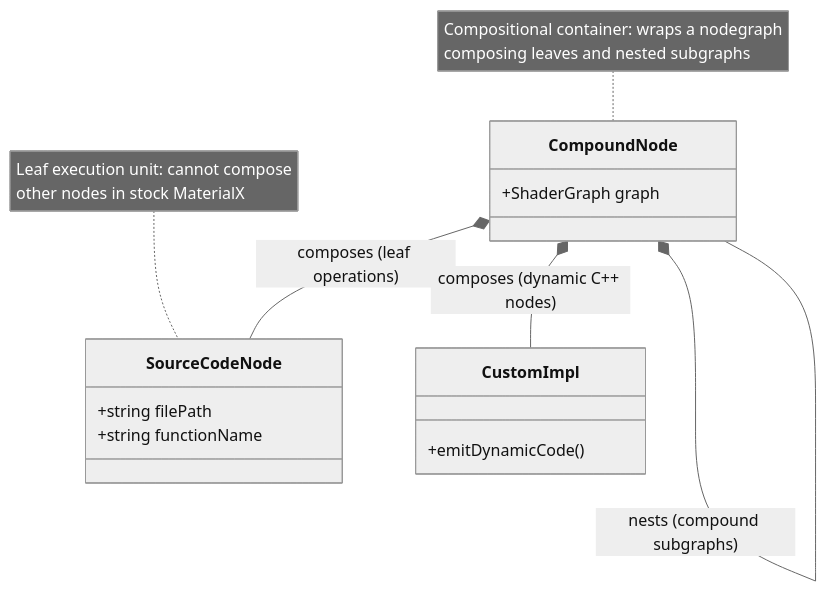
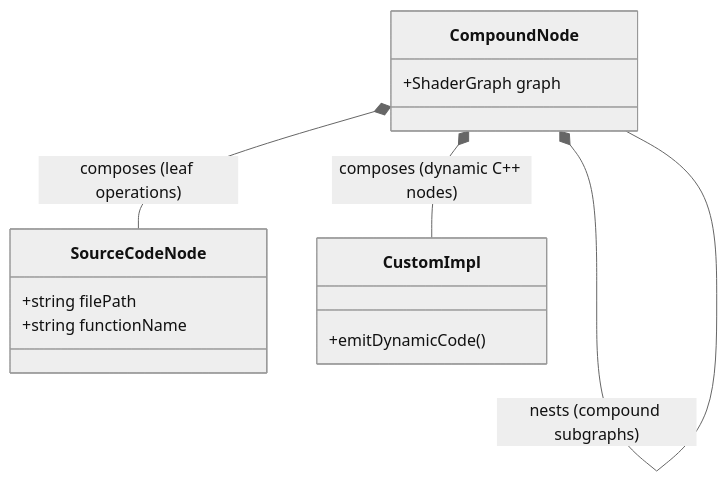
Before and after one commit to metashade/metashade: the second of 3 diagrams in metashade/mtlx/README.md, drawn with Mermaid (neutral theme). The commit also changed other lines of this file, not shown here.

````diff
--- a/metashade/mtlx/README.md
+++ b/metashade/mtlx/README.md
@@ -52,23 +59,18 @@
 ```mermaid
 classDiagram
     direction TB
     class CompoundNode {
         +ShaderGraph graph
     }
     class SourceCodeNode {
         +string filePath
         +string functionName
     }
     class CustomImpl {
         +emitDynamicCode()
     }
 
     CompoundNode *-- CompoundNode : nests (compound subgraphs)
     CompoundNode *-- SourceCodeNode : composes (leaf operations)
     CompoundNode *-- CustomImpl : composes (dynamic C++ nodes)
-
-    note for SourceCodeNode "Leaf execution unit: cannot compose
-    other nodes in stock MaterialX"
-    note for CompoundNode "Compositional container: wraps a nodegraph
-    composing leaves and nested subgraphs"
 ```
````
